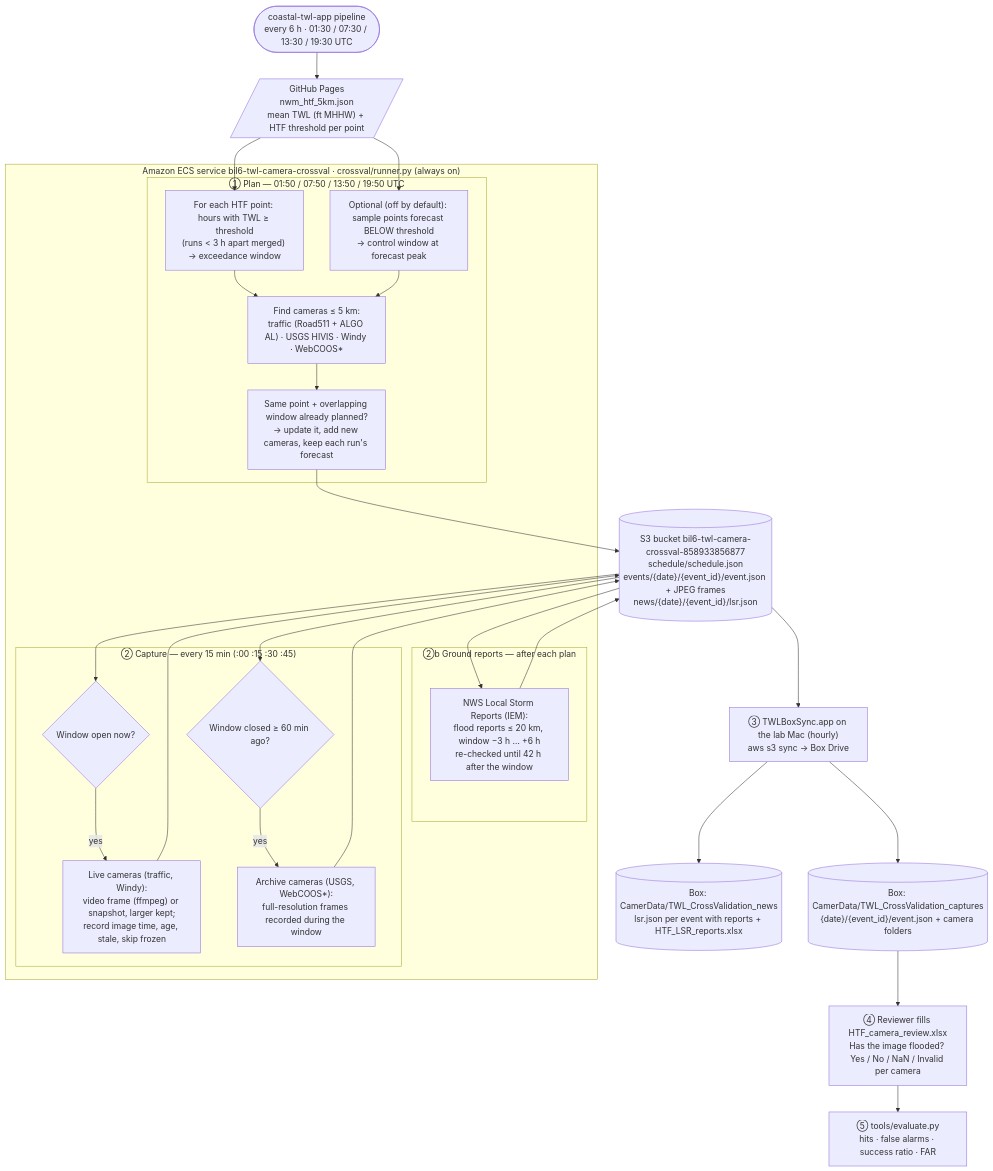
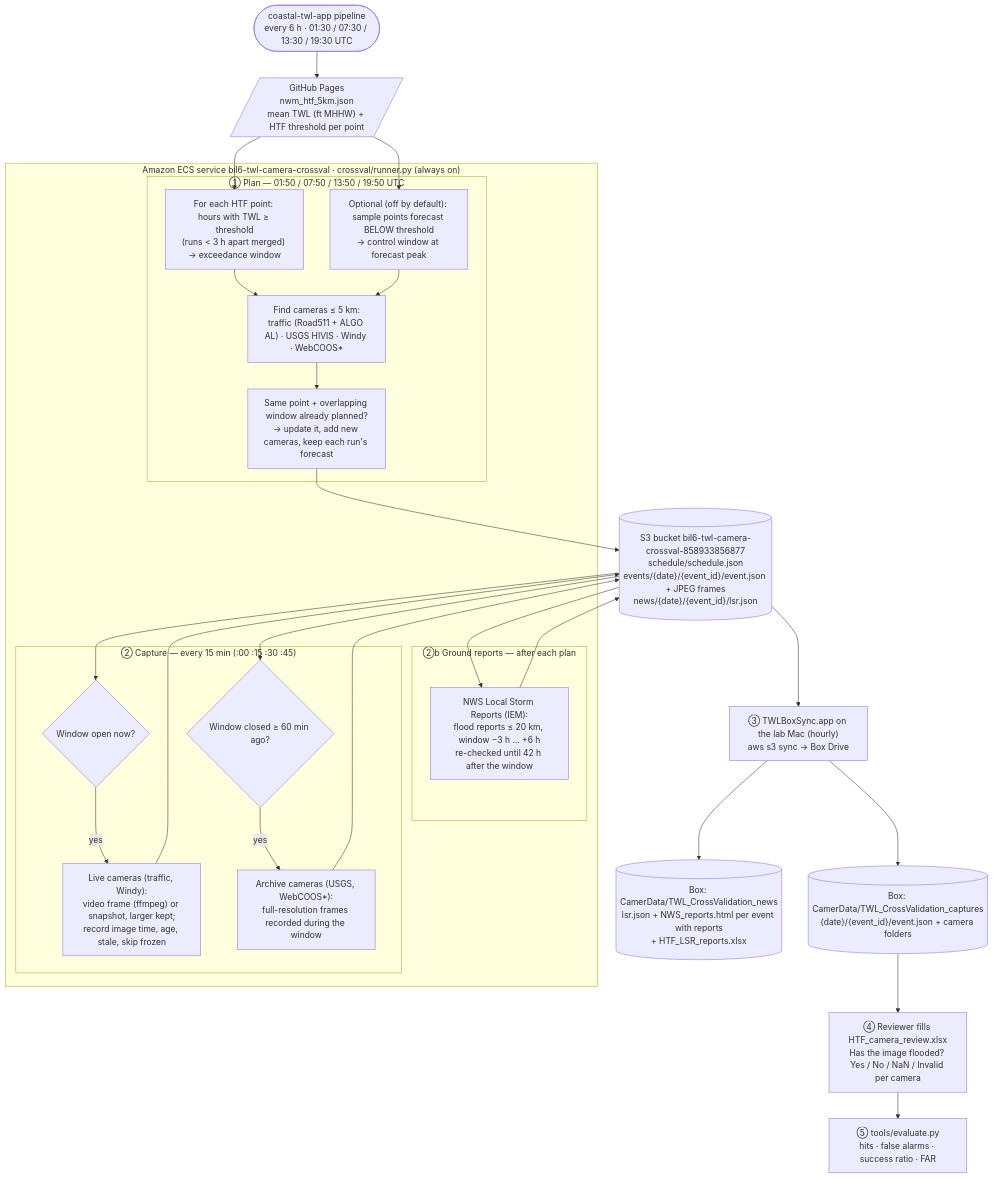
Before and after one commit to Ehsankahrizi/TWL_Camera_CrossValidation: the diagram in README.md, drawn with Mermaid. The commit also changed other lines of this file and 1 other file, not shown here.

Commit message:
Storm reports: add a viewable NWS_reports.html page per event
Each news folder now has a page with a map of the HTF point and the reports, the
report text, and links to the official NWS product and Google Maps. Folder names in
HTF_LSR_reports.xlsx link to it.

````diff
--- a/README.md
+++ b/README.md
@@ -16,42 +16,42 @@
 ```mermaid
 flowchart TD
     TWL(["coastal-twl-app pipeline<br/>every 6 h · 01:30 / 07:30 / 13:30 / 19:30 UTC"])
     TWL --> PAGES[/"GitHub Pages<br/>nwm_htf_5km.json<br/>mean TWL (ft MHHW) + HTF threshold per point"/]
 
     subgraph ECS["Amazon ECS service bil6-twl-camera-crossval · crossval/runner.py (always on)"]
         subgraph PLAN["① Plan — 01:50 / 07:50 / 13:50 / 19:50 UTC"]
             P1["For each HTF point: hours with TWL ≥ threshold<br/>(runs < 3 h apart merged) → exceedance window"]
             P2["Optional (off by default): sample points forecast BELOW threshold<br/>→ control window at forecast peak"]
             P3["Find cameras ≤ 5 km:<br/>traffic (Road511 + ALGO AL) · USGS HIVIS · Windy · WebCOOS*"]
             P4["Same point + overlapping window already planned?<br/>→ update it, add new cameras, keep each run's forecast"]
             P1 --> P3
             P2 --> P3 --> P4
         end
         subgraph REP["②b Ground reports — after each plan"]
             R1["NWS Local Storm Reports (IEM):<br/>flood reports ≤ 20 km, window −3 h … +6 h<br/>re-checked until 42 h after the window"]
         end
         subgraph CAP["② Capture — every 15 min (:00 :15 :30 :45)"]
             C1{"Window open now?"}
             C2["Live cameras (traffic, Windy):<br/>video frame (ffmpeg) or snapshot, larger kept;<br/>record image time, age, stale, skip frozen"]
             C3{"Window closed ≥ 60 min ago?"}
             C4["Archive cameras (USGS, WebCOOS*):<br/>full-resolution frames recorded during the window"]
             C1 -- yes --> C2
             C3 -- yes --> C4
         end
     end
     PAGES --> P1
     PAGES --> P2
     P4 --> S3[("S3 bucket bil6-twl-camera-crossval-858933856877<br/>schedule/schedule.json<br/>events/{date}/{event_id}/event.json + JPEG frames<br/>news/{date}/{event_id}/lsr.json")]
     S3 --> R1
     R1 --> S3
     S3 --> C1
     S3 --> C3
     C2 --> S3
     C4 --> S3
 
     S3 --> SYNC["③ TWLBoxSync.app on the lab Mac (hourly)<br/>aws s3 sync → Box Drive"]
     SYNC --> BOX[("Box: CamerData/TWL_CrossValidation_captures<br/>{date}/{event_id}/event.json + camera folders")]
-    SYNC --> NEWS[("Box: CamerData/TWL_CrossValidation_news<br/>lsr.json per event with reports + HTF_LSR_reports.xlsx")]
+    SYNC --> NEWS[("Box: CamerData/TWL_CrossValidation_news<br/>lsr.json + NWS_reports.html per event with reports<br/>+ HTF_LSR_reports.xlsx")]
     BOX --> LAB["④ Reviewer fills HTF_camera_review.xlsx<br/>Has the image flooded? Yes / No / NaN / Invalid per camera"]
     LAB --> EVAL["⑤ tools/evaluate.py<br/>hits · false alarms · success ratio · FAR"]
 ```
````
